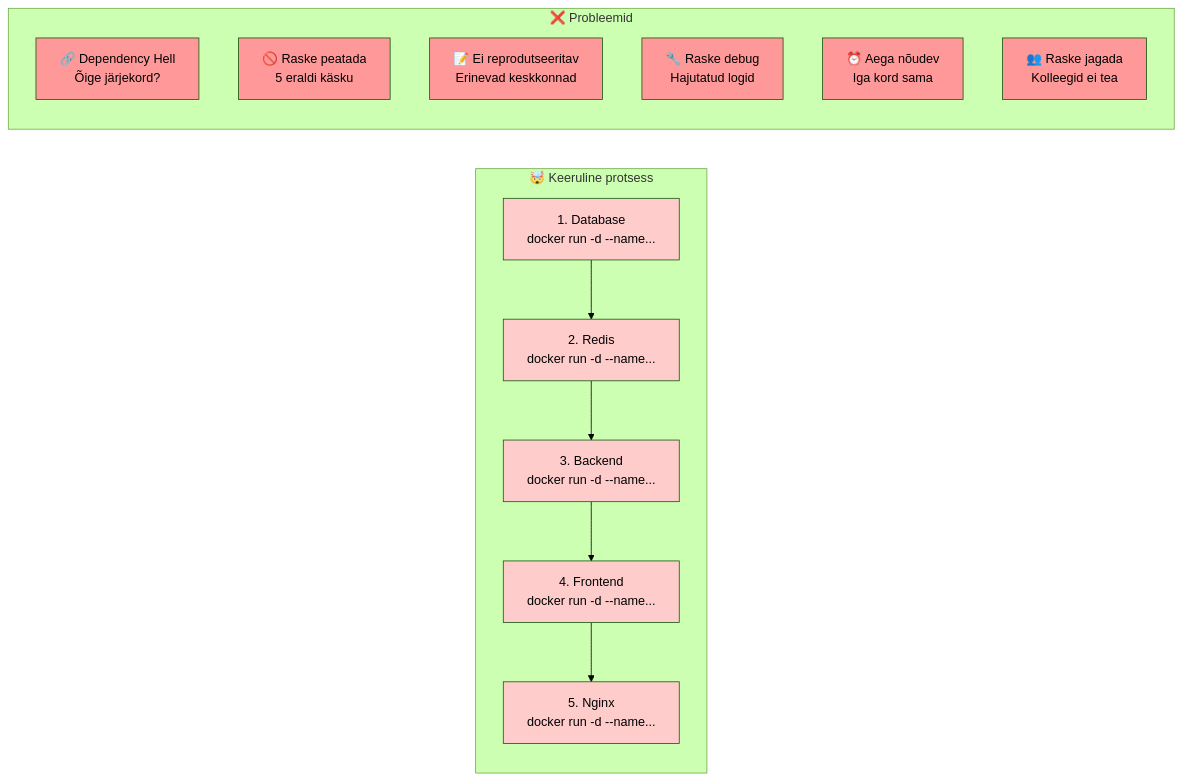
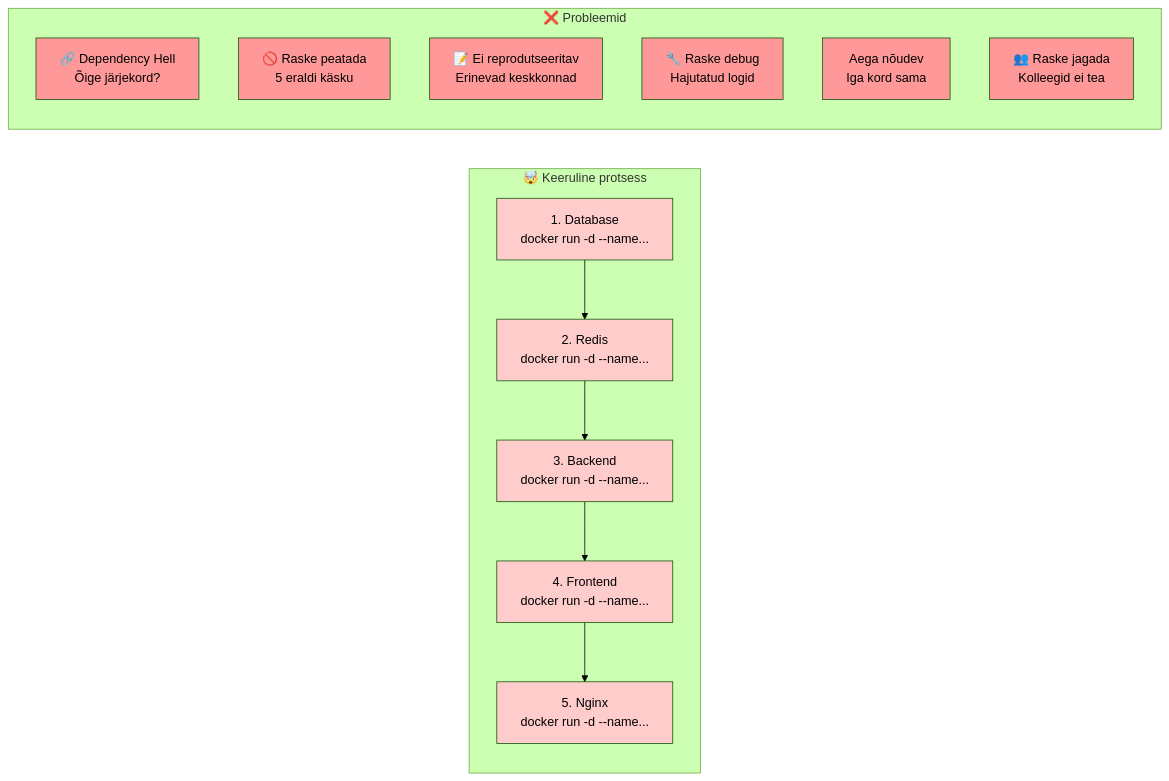
The third of 17 diagrams in docs/docker_orchestration/lecture.md (mtalvik/automation), drawn with Mermaid (forest theme) before and after one commit. The commit also changed other lines of this file and 168 other files, not shown here.

````diff
--- a/docs/docker_orchestration/lecture.md
+++ b/docs/docker_orchestration/lecture.md
@@ -177,36 +177,36 @@
 ```mermaid
 graph LR
     subgraph "🤯 Keeruline protsess"
         Step1[1. Database<br/>docker run -d --name...]
         Step2[2. Redis<br/>docker run -d --name...]
         Step3[3. Backend<br/>docker run -d --name...]
         Step4[4. Frontend<br/>docker run -d --name...]
         Step5[5. Nginx<br/>docker run -d --name...]
     end
     
     Step1 --> Step2
     Step2 --> Step3
     Step3 --> Step4
     Step4 --> Step5
     
     subgraph "❌ Probleemid"
         P1[🔗 Dependency Hell<br/>Õige järjekord?]
         P2[🚫 Raske peatada<br/>5 eraldi käsku]
         P3[📝 Ei reprodutseeritav<br/>Erinevad keskkonnad]
         P4[🔧 Raske debug<br/>Hajutatud logid]
-        P5[⏰ Aega nõudev<br/>Iga kord sama]
+        P5[ Aega nõudev<br/>Iga kord sama]
         P6[👥 Raske jagada<br/>Kolleegid ei tea]
     end
     
     style Step1 fill:#ffcccc
     style Step2 fill:#ffcccc
     style Step3 fill:#ffcccc
     style Step4 fill:#ffcccc
     style Step5 fill:#ffcccc
     style P1 fill:#ff9999
     style P2 fill:#ff9999
     style P3 fill:#ff9999
     style P4 fill:#ff9999
     style P5 fill:#ff9999
     style P6 fill:#ff9999
 ```
````
